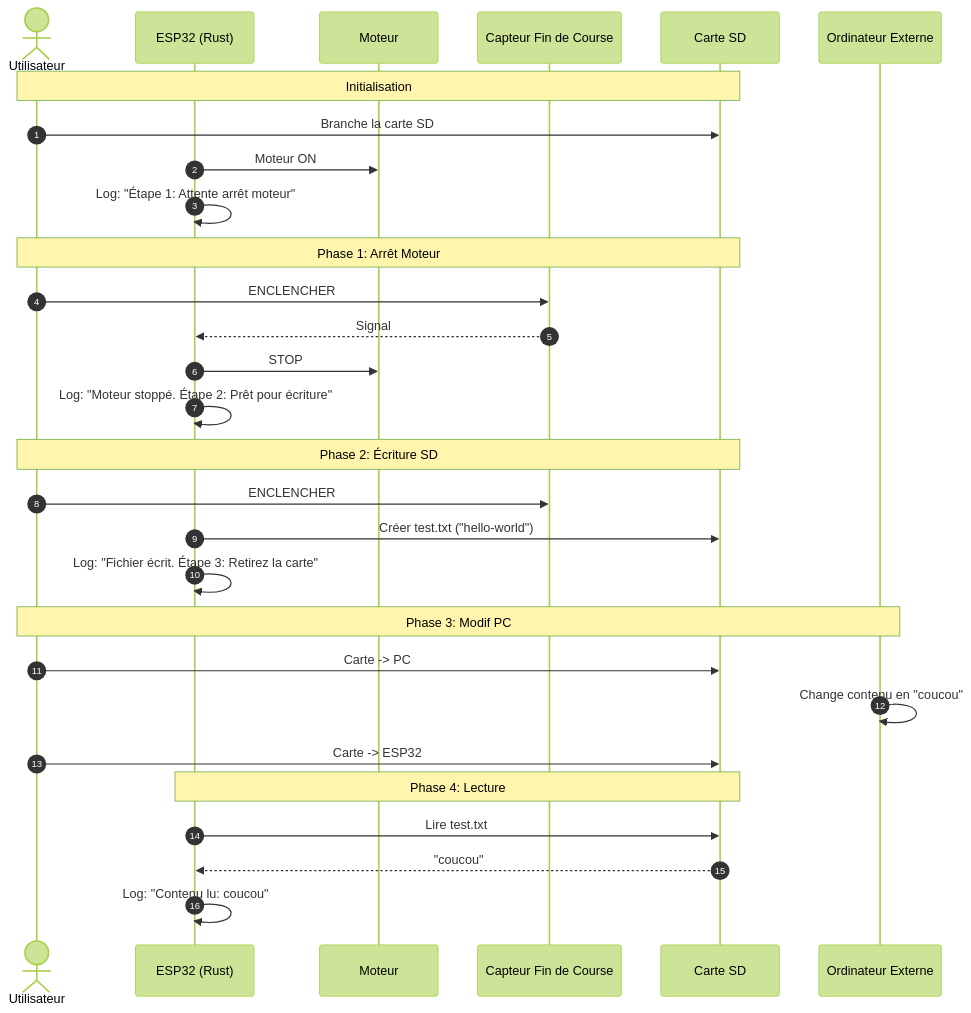
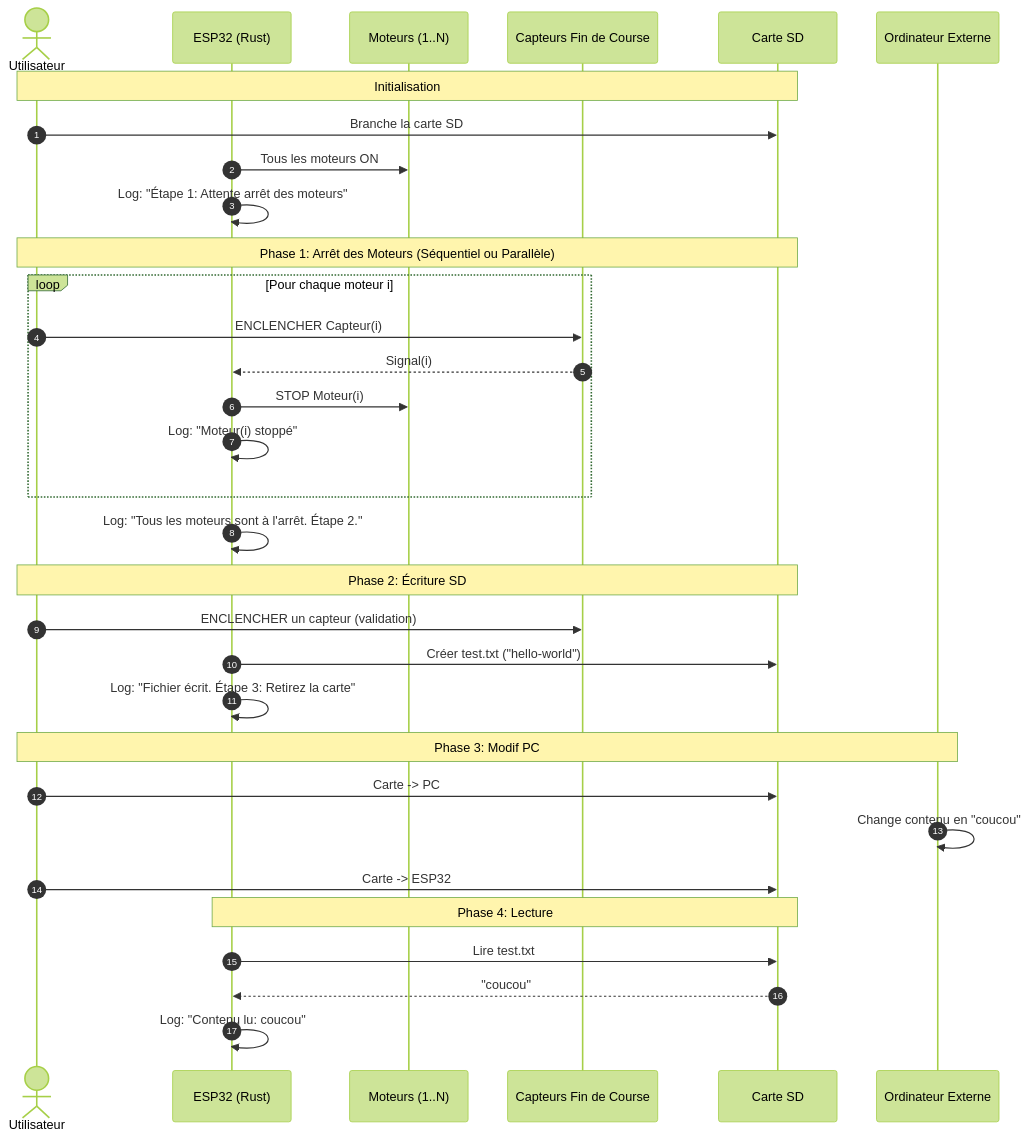
One commit to vigreux8/learn-rust-esp32 changed the diagram in src/impl-test.md. Above: the diagram before and after it, drawn with Mermaid (forest theme).

Commit message:
doc(procdure-test) : mise a jour de la procédure pour prendre en compte la possibilité d'avoir plusieur moteur

````diff
--- a/src/impl-test.md
+++ b/src/impl-test.md
@@ -3,36 +3,39 @@
 ```mermaid
 sequenceDiagram
     autonumber
     actor User as Utilisateur
     participant ESP as ESP32 (Rust)
-    participant Motor as Moteur
-    participant Sensor as Capteur Fin de Course
+    participant Motor as Moteurs (1..N)
+    participant Sensor as Capteurs Fin de Course
     participant SD as Carte SD
     participant PC as Ordinateur Externe
 
     Note over User, SD: Initialisation
     User->>SD: Branche la carte SD
-    ESP->>Motor: Moteur ON
-    ESP->>ESP: Log: "Étape 1: Attente arrêt moteur"
+    ESP->>Motor: Tous les moteurs ON
+    ESP->>ESP: Log: "Étape 1: Attente arrêt des moteurs"
 
-    Note over User, SD: Phase 1: Arrêt Moteur
-    User->>Sensor: ENCLENCHER
-    Sensor-->>ESP: Signal
-    ESP->>Motor: STOP
-    ESP->>ESP: Log: "Moteur stoppé. Étape 2: Prêt pour écriture"
+    Note over User, SD: Phase 1: Arrêt des Moteurs (Séquentiel ou Parallèle)
+    loop Pour chaque moteur i
+        User->>Sensor: ENCLENCHER Capteur(i)
+        Sensor-->>ESP: Signal(i)
+        ESP->>Motor: STOP Moteur(i)
+        ESP->>ESP: Log: "Moteur(i) stoppé"
+    end
+    ESP->>ESP: Log: "Tous les moteurs sont à l'arrêt. Étape 2."
 
     Note over User, SD: Phase 2: Écriture SD
-    User->>Sensor: ENCLENCHER
+    User->>Sensor: ENCLENCHER un capteur (validation)
     ESP->>SD: Créer test.txt ("hello-world")
     ESP->>ESP: Log: "Fichier écrit. Étape 3: Retirez la carte"
 
     Note over User, PC: Phase 3: Modif PC
     User->>SD: Carte -> PC
     PC->>PC: Change contenu en "coucou"
     User->>SD: Carte -> ESP32
 
     Note over ESP, SD: Phase 4: Lecture
     ESP->>SD: Lire test.txt
     SD-->>ESP: "coucou"
     ESP->>ESP: Log: "Contenu lu: coucou"
 ```
````
